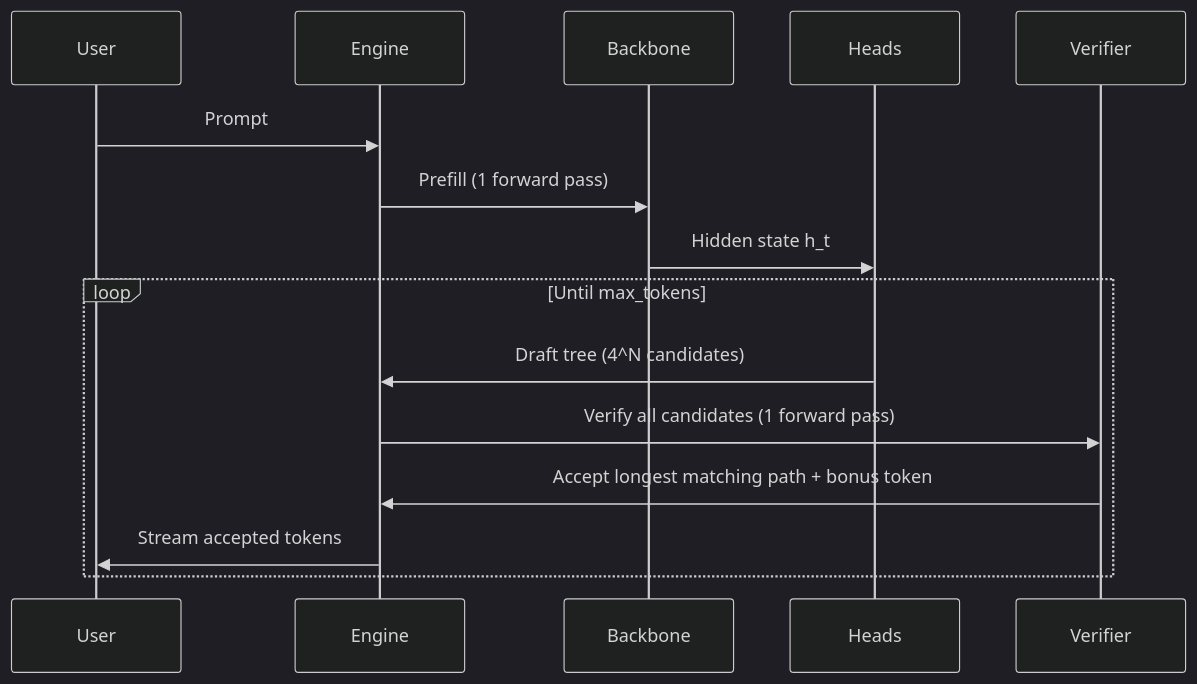
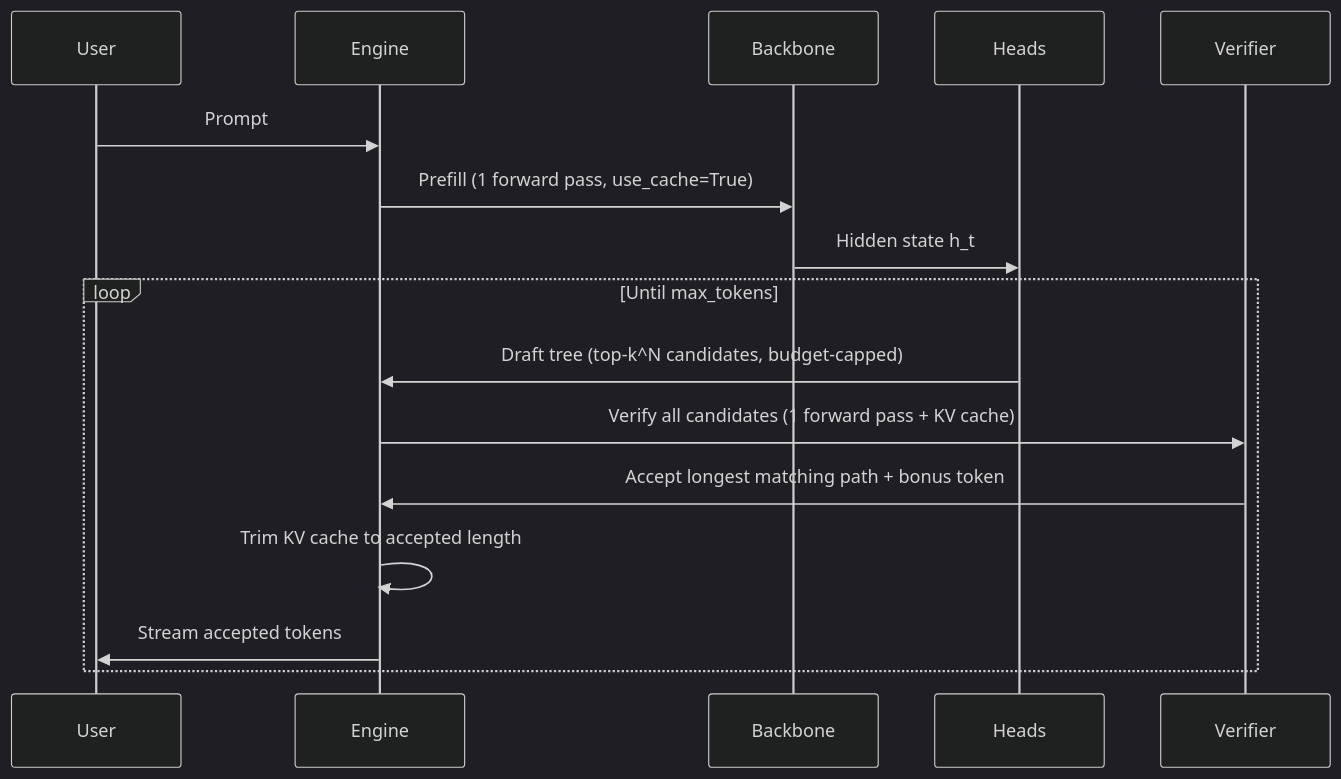
Before and after one commit to matteso1/ProjectGorgon: the second of 2 diagrams in README.md, drawn with Mermaid (dark theme). The commit also changed other lines of this file, not shown here.

````diff
--- a/README.md
+++ b/README.md
@@ -49,19 +48,20 @@
 ```mermaid
 sequenceDiagram
     participant User
     participant Engine
     participant Backbone
     participant Heads
     participant Verifier
 
     User->>Engine: Prompt
-    Engine->>Backbone: Prefill (1 forward pass)
+    Engine->>Backbone: Prefill (1 forward pass, use_cache=True)
     Backbone->>Heads: Hidden state h_t
 
     loop Until max_tokens
-        Heads->>Engine: Draft tree (4^N candidates)
-        Engine->>Verifier: Verify all candidates (1 forward pass)
+        Heads->>Engine: Draft tree (top-k^N candidates, budget-capped)
+        Engine->>Verifier: Verify all candidates (1 forward pass + KV cache)
         Verifier->>Engine: Accept longest matching path + bonus token
+        Engine->>Engine: Trim KV cache to accepted length
         Engine->>User: Stream accepted tokens
     end
 ```
````
